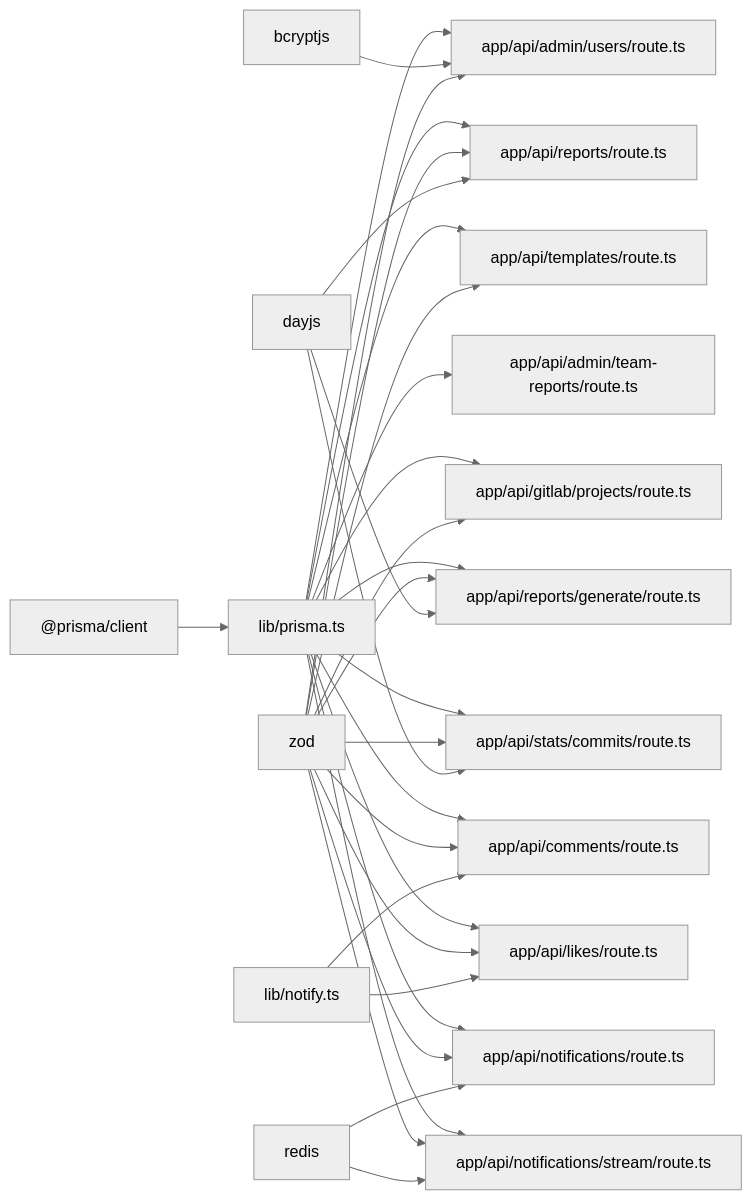
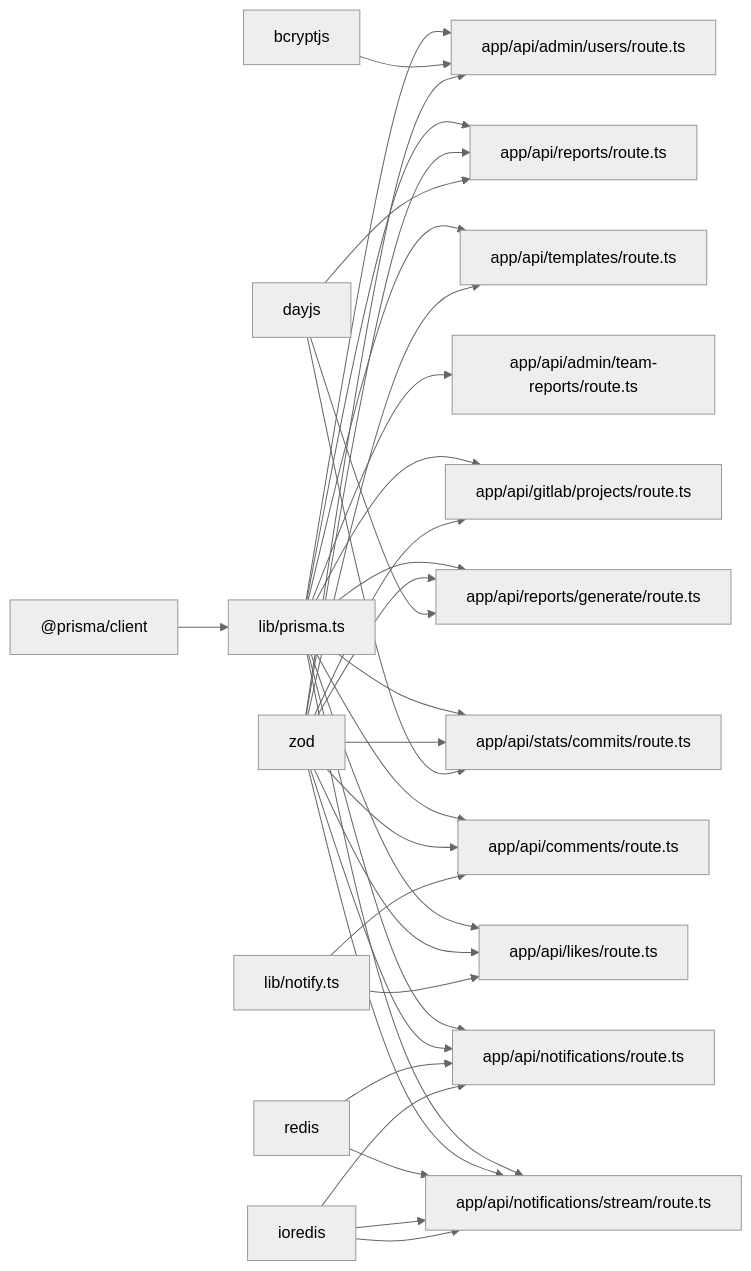
One commit to jrj444/git-daily changed diagram 16 of 16 in .qoder/repowiki/en/content/Database Design/Database Design.md. Above: the diagram before and after it, drawn with Mermaid (neutral theme). The commit also changed other lines of this file and 6 other files, not shown here.

````diff
--- a/.qoder/repowiki/en/content/Database Design/Database Design.md
+++ b/.qoder/repowiki/en/content/Database Design/Database Design.md
@@ -702,33 +795,36 @@
 ```mermaid
 graph LR
 PrismaClient["@prisma/client"] --> LibPrisma["lib/prisma.ts"]
 LibPrisma --> APIUsers["app/api/admin/users/route.ts"]
 LibPrisma --> APIReports["app/api/reports/route.ts"]
 LibPrisma --> APITemplates["app/api/templates/route.ts"]
 LibPrisma --> APITeamReports["app/api/admin/team-reports/route.ts"]
 LibPrisma --> APIGitLabProjects["app/api/gitlab/projects/route.ts"]
 LibPrisma --> APIReportGenerate["app/api/reports/generate/route.ts"]
 LibPrisma --> APIStatsCommits["app/api/stats/commits/route.ts"]
 LibPrisma --> APIComments["app/api/comments/route.ts"]
 LibPrisma --> APILikes["app/api/likes/route.ts"]
 LibPrisma --> APINotifications["app/api/notifications/route.ts"]
 LibPrisma --> APINotificationStream["app/api/notifications/stream/route.ts"]
 bcryptjs["bcryptjs"] --> APIUsers
 zod["zod"] --> APIUsers
 zod --> APIReports
 zod --> APITemplates
 zod --> APIGitLabProjects
 zod --> APIReportGenerate
 zod --> APIStatsCommits
 zod --> APIComments
 zod --> APILikes
 zod --> APINotifications
 zod --> APINotificationStream
 dayjs["dayjs"] --> APIReports
 dayjs --> APIReportGenerate
 dayjs --> APIStatsCommits
 Redis["redis"] --> APINotificationStream
 Redis --> APINotifications
 NotifyLib["lib/notify.ts"] --> APIComments
 NotifyLib --> APILikes
+IORedis["ioredis"] --> APINotificationStream
+IORedis --> APINotifications
+IORedis --> APINotificationStream
 ```
````
